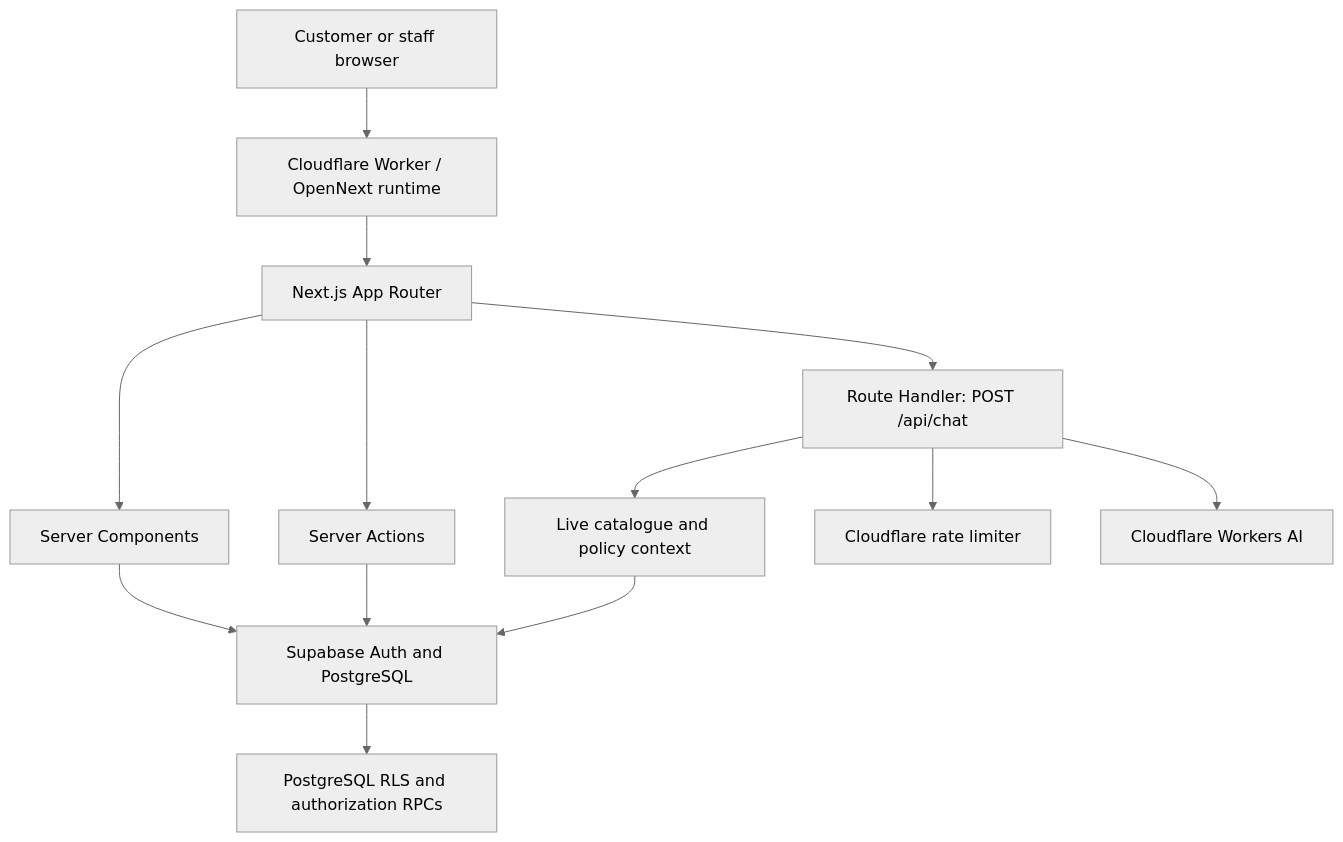
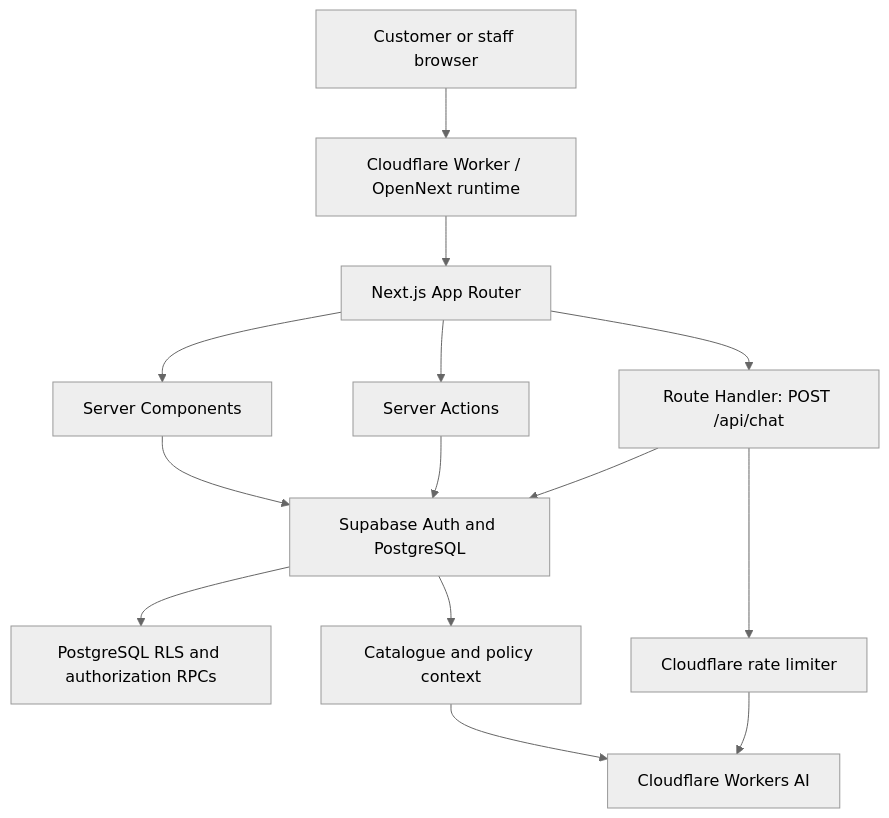
One commit to hoangvanpierre/Solenne changed the first of 2 diagrams in README.md. Above: the diagram before and after it, drawn with Mermaid (neutral theme).

Commit message:
docs: clarify catalogue flow in runtime diagram

````diff
--- a/README.md
+++ b/README.md
@@ -131,15 +131,16 @@
 ```mermaid
 flowchart TD
     A[Customer or staff browser] --> B[Cloudflare Worker / OpenNext runtime]
     B --> C[Next.js App Router]
     C --> D[Server Components]
     C --> E[Server Actions]
     C --> F["Route Handler: POST /api/chat"]
     D --> G[Supabase Auth and PostgreSQL]
     E --> G
     G --> H[PostgreSQL RLS and authorization RPCs]
-    F --> I[Live catalogue and policy context]
-    I --> G
+    F --> G
+    G --> I[Catalogue and policy context]
     F --> J[Cloudflare rate limiter]
-    F --> K[Cloudflare Workers AI]
+    I --> K[Cloudflare Workers AI]
+    J --> K
 ```
````
